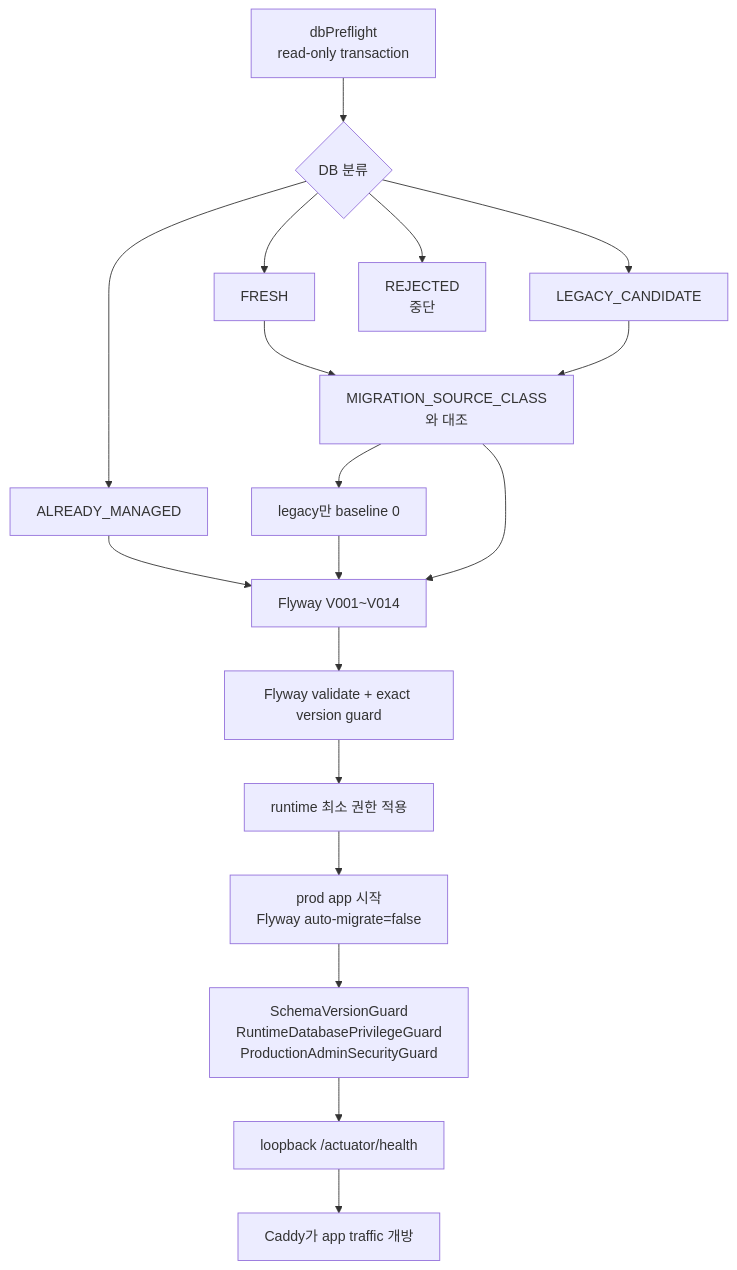
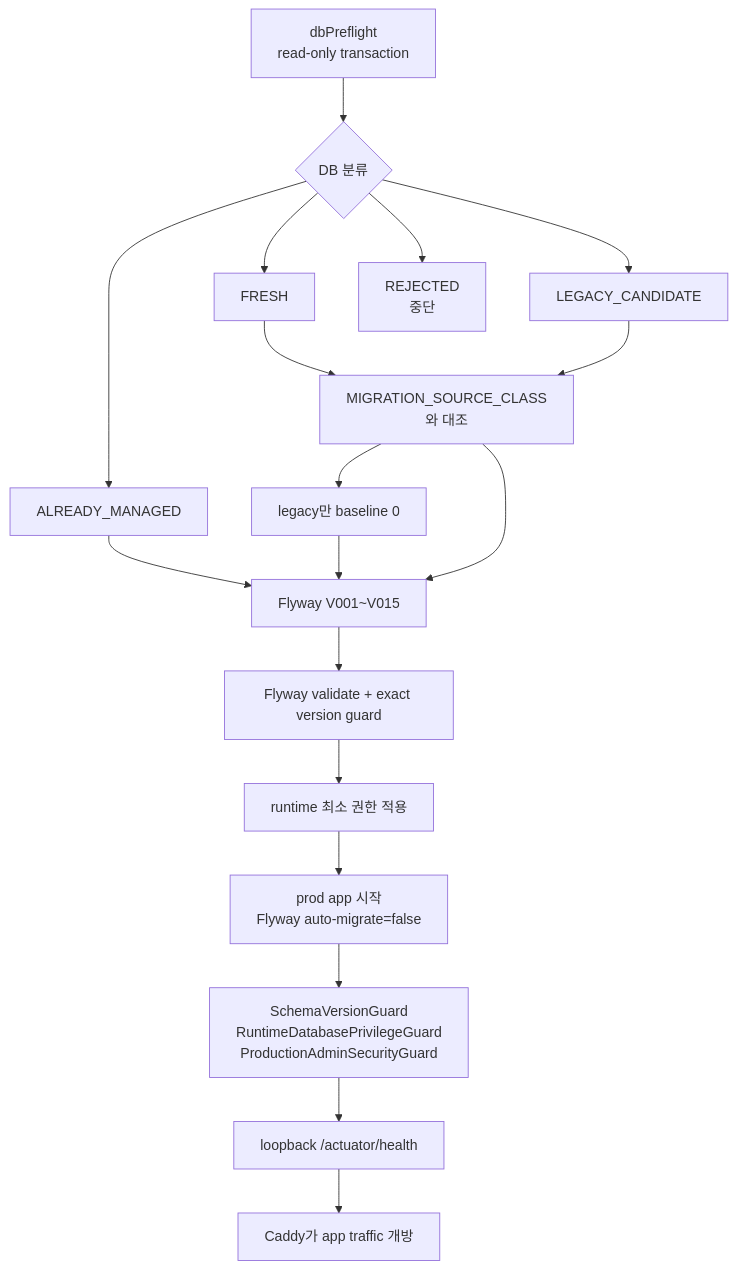
One commit to jinhokingofworld/attend changed diagram 23 of 25 in docs/CURRENT_CODE_STUDY_GUIDE.md. Above: the diagram before and after it, drawn with Mermaid. The commit also changed other lines of this file and 20 other files, not shown here.

````diff
--- a/docs/CURRENT_CODE_STUDY_GUIDE.md
+++ b/docs/CURRENT_CODE_STUDY_GUIDE.md
@@ -782,27 +782,27 @@
 ```mermaid
 flowchart TD
     Preflight["dbPreflight<br/>read-only transaction"]
     Class{"DB 분류"}
     Fresh["FRESH"]
     Legacy["LEGACY_CANDIDATE"]
     Managed["ALREADY_MANAGED"]
     Reject["REJECTED<br/>중단"]
     Approval["MIGRATION_SOURCE_CLASS와 대조"]
     Baseline["legacy만 baseline 0"]
-    Migrate["Flyway V001~V014"]
+    Migrate["Flyway V001~V015"]
     Validate["Flyway validate + exact version guard"]
     Grants["runtime 최소 권한 적용"]
     Start["prod app 시작<br/>Flyway auto-migrate=false"]
     RuntimeGuard["SchemaVersionGuard<br/>RuntimeDatabasePrivilegeGuard<br/>ProductionAdminSecurityGuard"]
     Health["loopback /actuator/health"]
     Proxy["Caddy가 app traffic 개방"]
 
     Preflight --> Class
     Class --> Fresh --> Approval
     Class --> Legacy --> Approval
     Class --> Managed --> Migrate
     Class --> Reject
     Approval --> Baseline --> Migrate
     Approval --> Migrate
     Migrate --> Validate --> Grants --> Start --> RuntimeGuard --> Health --> Proxy
 ```
````
